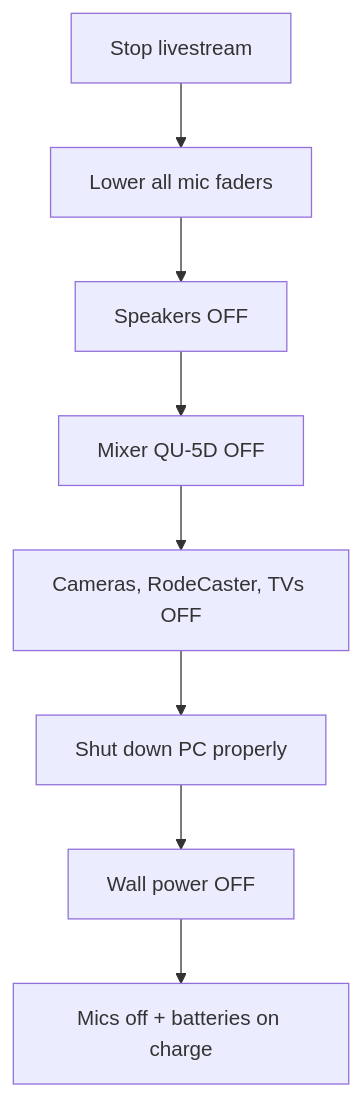
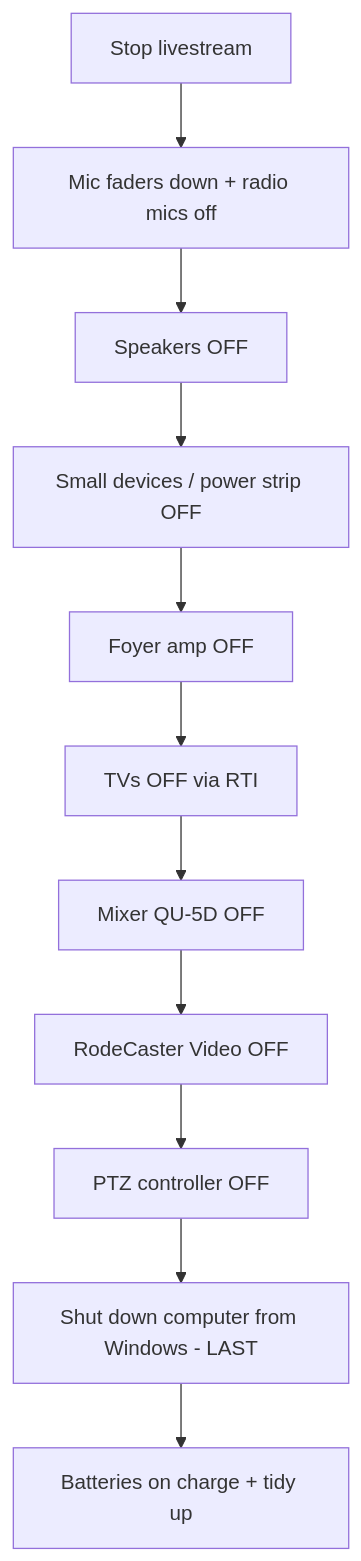
The diagram in docs/quick-start/sunday-shutdown.md (tenacioustechie/av-manual-hruc), drawn with Mermaid before and after one commit. The commit also changed other lines of this file and 7 other files, not shown here.

First line of the commit message:
Add RTI TV-power step to startup and rewrite shutdown as reverse sequence

````diff
--- a/docs/quick-start/sunday-shutdown.md
+++ b/docs/quick-start/sunday-shutdown.md
@@ -103,10 +152,13 @@
 ```mermaid
 flowchart TD
-    A[Stop livestream] --> B[Lower all mic faders]
+    A[Stop livestream] --> B[Mic faders down + radio mics off]
     B --> C[Speakers OFF]
-    C --> D[Mixer QU-5D OFF]
-    D --> E[Cameras, RodeCaster, TVs OFF]
-    E --> F[Shut down PC properly]
-    F --> G[Wall power OFF]
-    G --> H[Mics off + batteries on charge]
+    C --> D[Small devices / power strip OFF]
+    D --> E[Foyer amp OFF]
+    E --> F[TVs OFF via RTI]
+    F --> G[Mixer QU-5D OFF]
+    G --> H[RodeCaster Video OFF]
+    H --> I[PTZ controller OFF]
+    I --> J[Shut down computer from Windows - LAST]
+    J --> K[Batteries on charge + tidy up]
 ```
````
